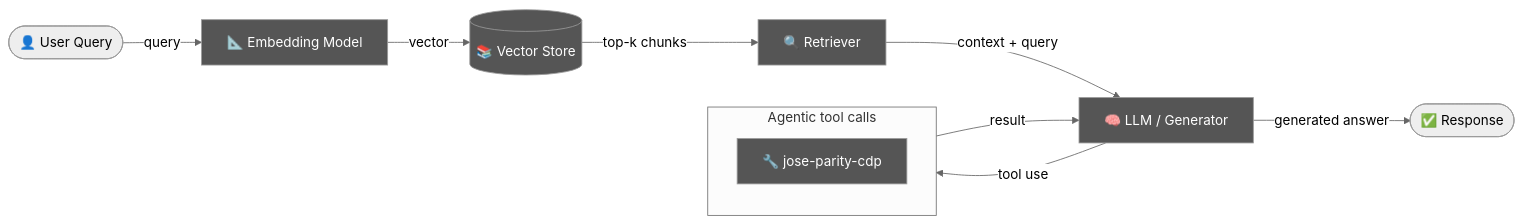
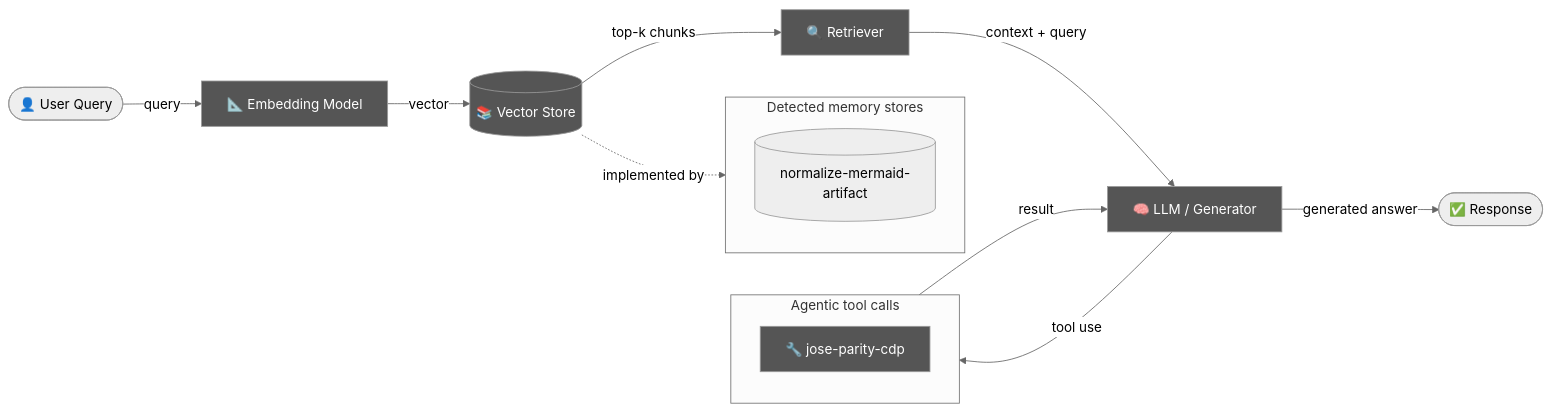
Before and after one commit to jscraik/websites: the diagram in .diagram/rag.mmd, drawn with Mermaid (neutral theme). The commit also changed 3 other files, not shown here.

Commit message:
chore(ops): refresh portfolio diagram evidence

```diff
--- a/.diagram/rag.mmd
+++ b/.diagram/rag.mmd
@@ -1,23 +1,27 @@
 flowchart LR
   UserQ(["👤 User Query"])
   Embed["📐 Embedding Model"]
   VecDB[("📚 Vector Store")]
   Retriever["🔍 Retriever"]
   LLMNode["🧠 LLM / Generator"]
   Output(["✅ Response"])
   UserQ -->|query| Embed
   Embed -->|vector| VecDB
   VecDB -->|top-k chunks| Retriever
   Retriever -->|context + query| LLMNode
   LLMNode -->|generated answer| Output
+  subgraph DetectedMemory["Detected memory stores"]
+    det_detectedmemory_normalize_mermaid_artifact_9dba7231[("normalize-mermaid-artifact")]
+  end
+  VecDB -. "implemented by" .-> DetectedMemory
   subgraph DetectedTools["Agentic tool calls"]
     det_detectedtools_jose_parity_cdp_bdcde21d["🔧 jose-parity-cdp"]
   end
   LLMNode -->|tool use| DetectedTools
   DetectedTools -->|result| LLMNode
   classDef memNode fill:#555,color:#fff
   class VecDB,Retriever memNode
   classDef llmNode fill:#555,color:#fff
   class LLMNode,Embed llmNode
   classDef toolNode fill:#555,color:#fff
   class det_detectedtools_jose_parity_cdp_bdcde21d toolNode
```
